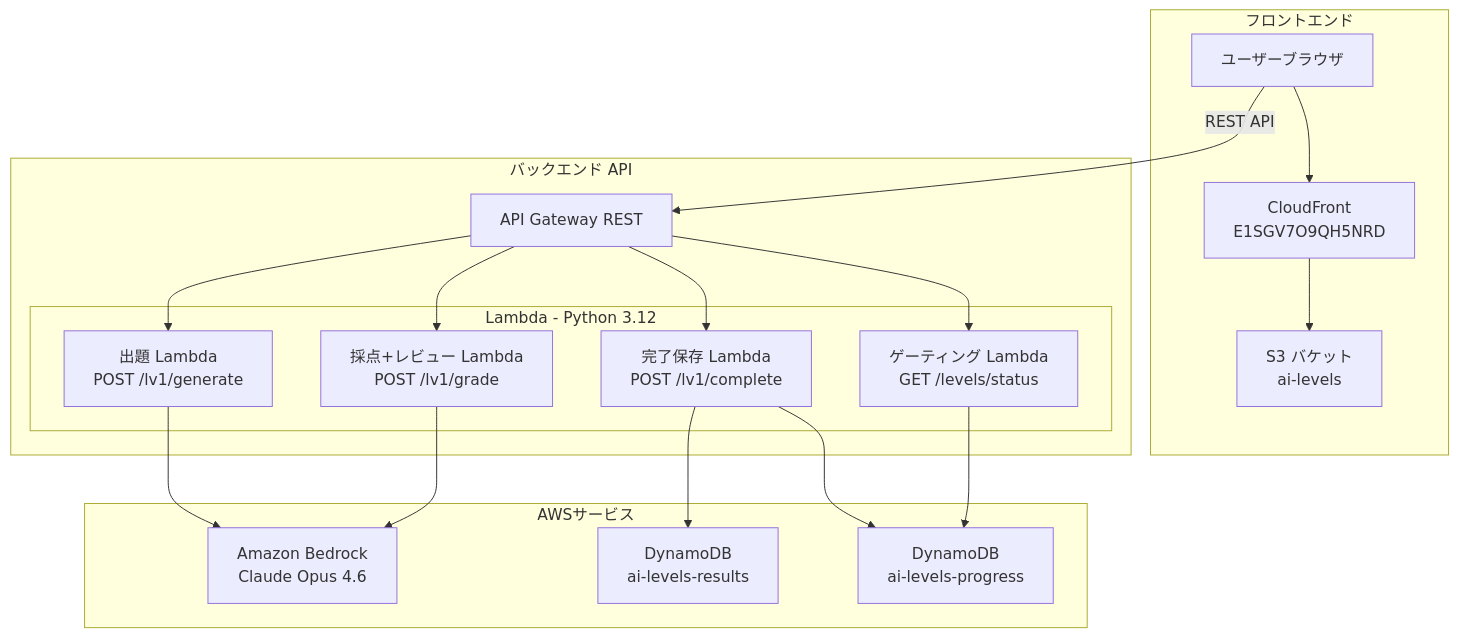
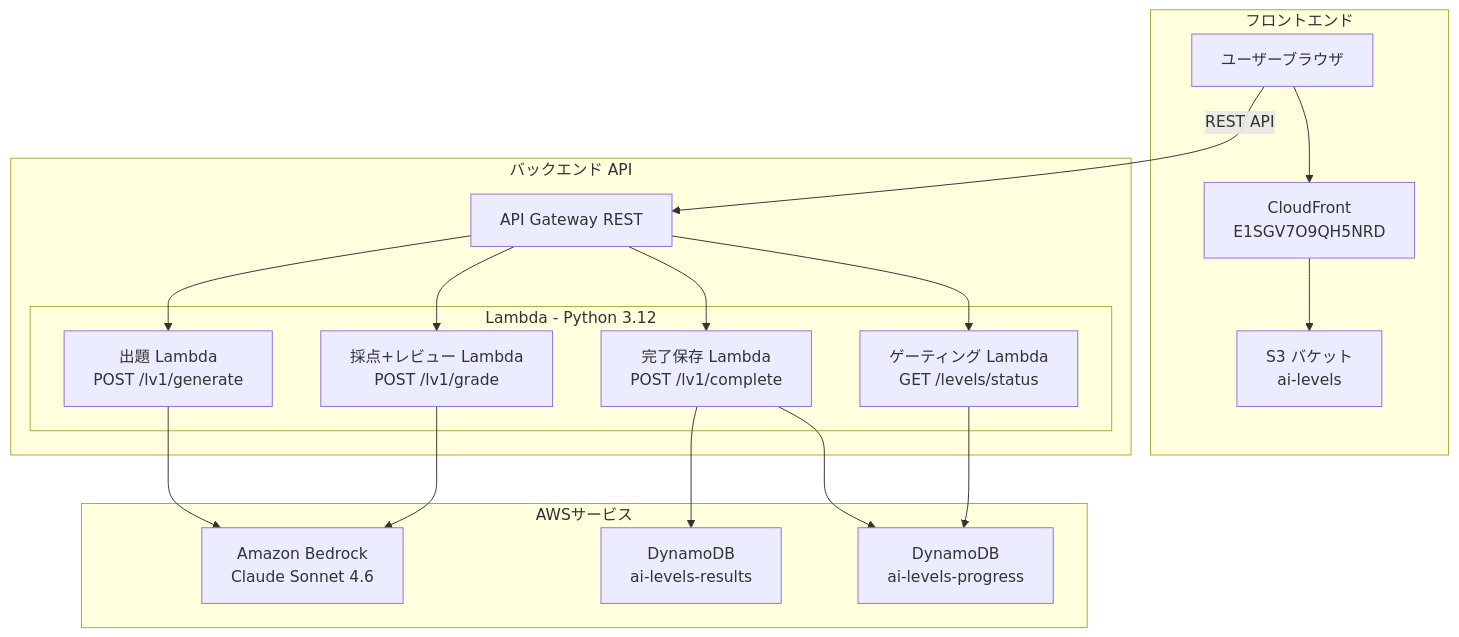
Before and after one commit to leadlea/LV1: the first of 3 diagrams in README.md, drawn with Mermaid. The commit also changed other lines of this file, not shown here.

Commit message:
docs: README.md完成 - アーキテクチャ図・パイプライン・技術スタック

````diff
--- a/README.md
+++ b/README.md
@@ -7,36 +9,36 @@
 ```mermaid
 graph TB
     subgraph "フロントエンド"
         Browser[ユーザーブラウザ]
         CF[CloudFront<br/>E1SGV7O9QH5NRD]
         S3[S3 バケット<br/>ai-levels]
     end
 
     subgraph "バックエンド API"
         APIGW[API Gateway REST]
         subgraph "Lambda - Python 3.12"
             Gen[出題 Lambda<br/>POST /lv1/generate]
             Grade[採点+レビュー Lambda<br/>POST /lv1/grade]
             Complete[完了保存 Lambda<br/>POST /lv1/complete]
             Gate[ゲーティング Lambda<br/>GET /levels/status]
         end
     end
 
     subgraph "AWSサービス"
-        Bedrock[Amazon Bedrock<br/>Claude Opus 4.6]
+        Bedrock[Amazon Bedrock<br/>Claude Sonnet 4.6]
         DDB_R[DynamoDB<br/>ai-levels-results]
         DDB_P[DynamoDB<br/>ai-levels-progress]
     end
 
     Browser --> CF --> S3
     Browser -->|REST API| APIGW
     APIGW --> Gen
     APIGW --> Grade
     APIGW --> Complete
     APIGW --> Gate
     Gen --> Bedrock
     Grade --> Bedrock
     Complete --> DDB_R
     Complete --> DDB_P
     Gate --> DDB_P
 ```
````
